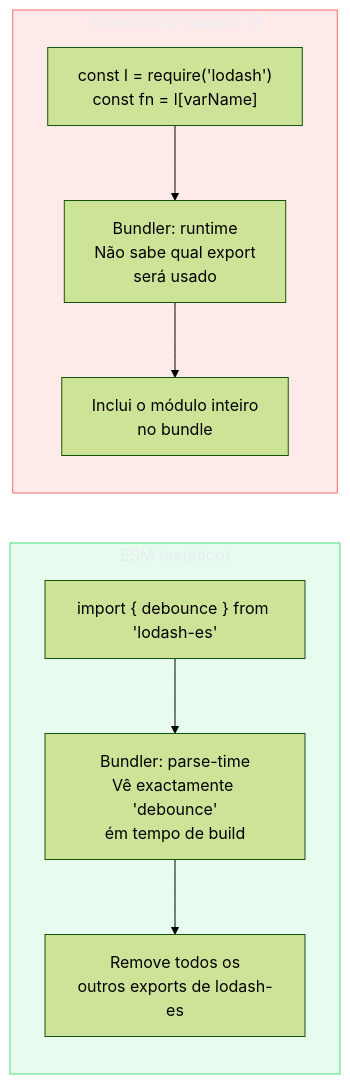
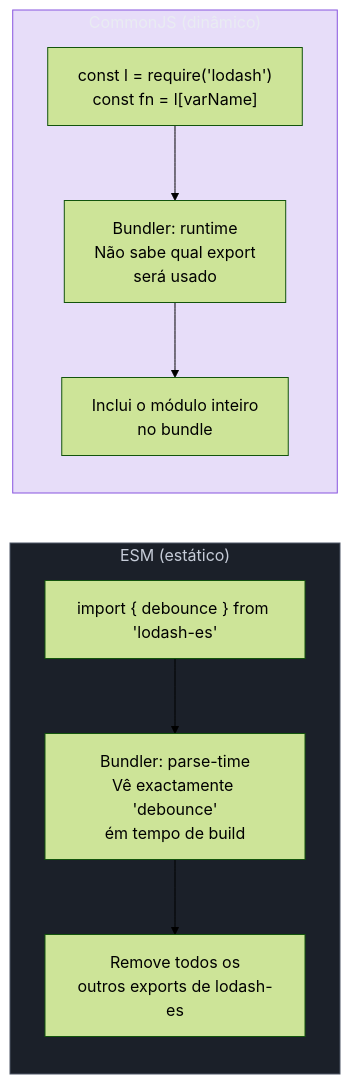
The second of 8 diagrams in 03-Dominios/Tecnologia/Tooling e Build/17 - Otimização de bundle.md (josenaldo/codex-technomanticus), drawn with Mermaid (forest theme) before and after one commit. The commit also changed other lines of this file and 601 other files, not shown here.

````diff
--- a/03-Dominios/Tecnologia/Tooling e Build/17 - Otimização de bundle.md
+++ b/03-Dominios/Tecnologia/Tooling e Build/17 - Otimização de bundle.md
@@ -153,23 +153,23 @@
 ```mermaid
 graph LR
-    classDef ok fill:#4ADE8021,stroke:#4ADE80,color:#E9ECF2
-    classDef falha fill:#FF6B6B24,stroke:#FF6B6B,color:#E9ECF2
+    classDef marca fill:#8855DF33,stroke:#8855DF,color:#E9ECF2
+    classDef neutro fill:#1B2029,stroke:#4E5666,color:#C6CCD8
     subgraph ESM["ESM (estático)"]
         direction TB
         ES_SRC["import { debounce } from 'lodash-es'"]
         ES_PARSE["Bundler: parse-time\nVê exactamente 'debounce'\ném tempo de build"]
         ES_DCE["Remove todos os\noutros exports de lodash-es"]
         ES_SRC --> ES_PARSE --> ES_DCE
     end
 
     subgraph CJS["CommonJS (dinâmico)"]
         direction TB
         CJS_SRC["const l = require('lodash')\nconst fn = l[varName]"]
         CJS_RUNTIME["Bundler: runtime\nNão sabe qual export\n será usado"]
         CJS_ALL["Inclui o módulo inteiro\nno bundle"]
         CJS_SRC --> CJS_RUNTIME --> CJS_ALL
     end
 
-    class ESM ok
-    class CJS falha
+    class ESM neutro
+    class CJS marca
 ```
````
